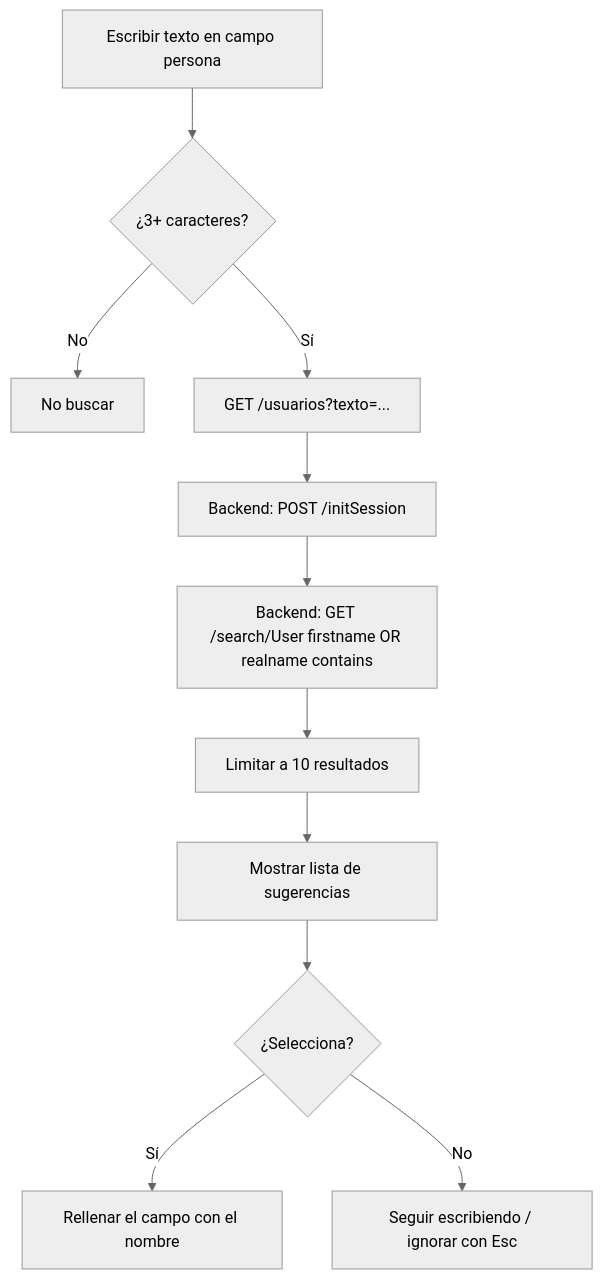
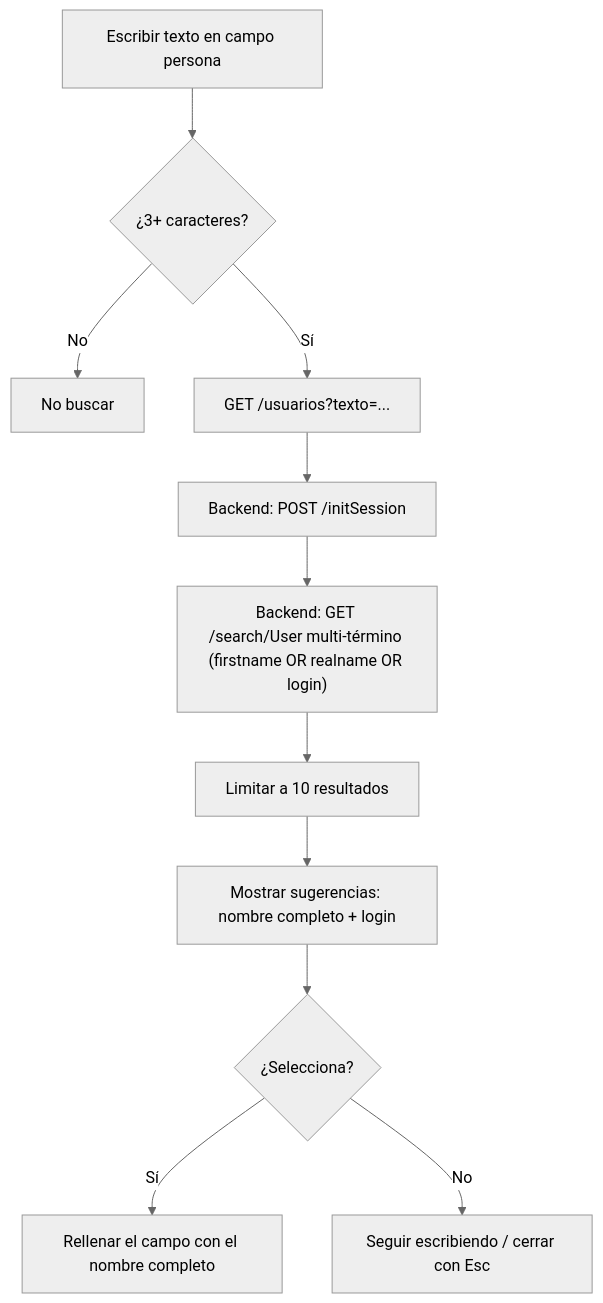
Before and after one commit to juanjosehc/actas-glpi: the ninth of 13 diagrams in FLUJO_FUNCIONAL.md, drawn with Mermaid (neutral theme). The commit also changed other lines of this file and 11 other files, not shown here.

````diff
--- a/FLUJO_FUNCIONAL.md
+++ b/FLUJO_FUNCIONAL.md
@@ -263,13 +321,13 @@
 ```mermaid
 flowchart TD
-    A[Escribir texto en campo persona] --> B{¿3+ caracteres?}
-    B -->|No| C[No buscar]
-    B -->|Sí| D[GET /usuarios?texto=...]
-    D --> E[Backend: POST /initSession]
-    E --> F[Backend: GET /search/User firstname OR realname contains]
-    F --> G[Limitar a 10 resultados]
-    G --> H[Mostrar lista de sugerencias]
-    H --> I{¿Selecciona?}
-    I -->|Sí| J[Rellenar el campo con el nombre]
-    I -->|No| K[Seguir escribiendo / ignorar con Esc]
+    A["Escribir texto en campo persona"] --> B{"¿3+ caracteres?"}
+    B -->|"No"| C["No buscar"]
+    B -->|"Sí"| D["GET /usuarios?texto=..."]
+    D --> E["Backend: POST /initSession"]
+    E --> F["Backend: GET /search/User multi-término (firstname OR realname OR login)"]
+    F --> G["Limitar a 10 resultados"]
+    G --> H["Mostrar sugerencias: nombre completo + login"]
+    H --> I{"¿Selecciona?"}
+    I -->|"Sí"| J["Rellenar el campo con el nombre completo"]
+    I -->|"No"| K["Seguir escribiendo / cerrar con Esc"]
 ```
````
